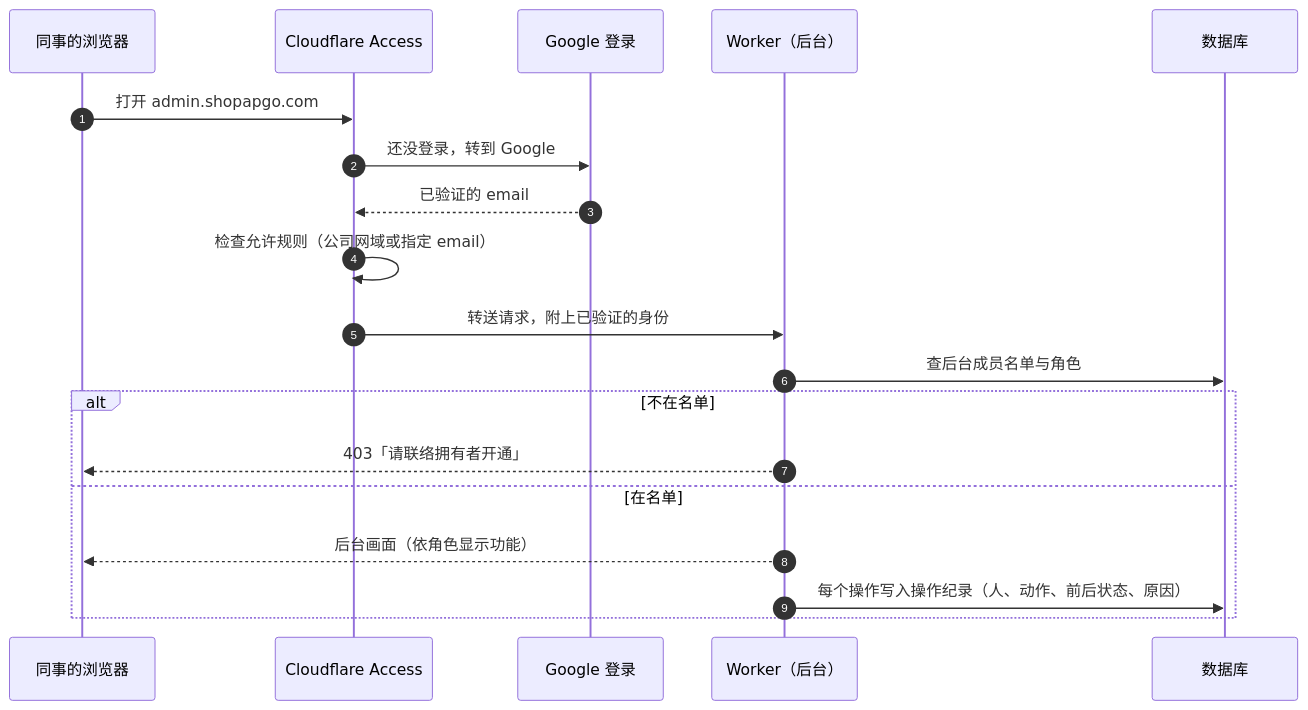
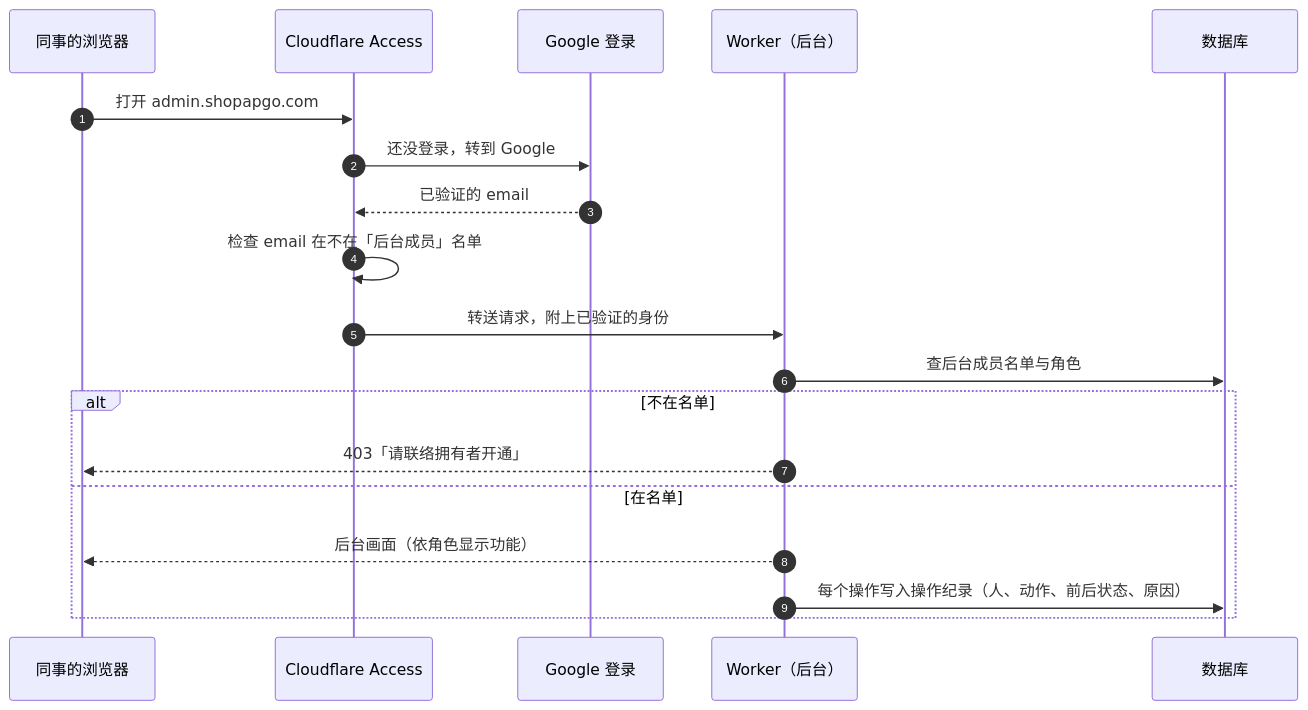
Before and after one commit to WADEYEH/shopapgo: the first of 6 diagrams in docs/design/phase3-plan.md, drawn with Mermaid. The commit also changed other lines of this file and 1 other file, not shown here.

````diff
--- a/docs/design/phase3-plan.md
+++ b/docs/design/phase3-plan.md
@@ -68,21 +69,21 @@
 ```mermaid
 sequenceDiagram
   autonumber
   participant U as 同事的浏览器
   participant A as Cloudflare Access
   participant G as Google 登录
   participant W as Worker（后台）
   participant D as 数据库
   U->>A: 打开 admin.shopapgo.com
   A->>G: 还没登录，转到 Google
   G-->>A: 已验证的 email
-  A->>A: 检查允许规则（公司网域或指定 email）
+  A->>A: 检查 email 在不在「后台成员」名单
   A->>W: 转送请求，附上已验证的身份
   W->>D: 查后台成员名单与角色
   alt 不在名单
     W-->>U: 403「请联络拥有者开通」
   else 在名单
     W-->>U: 后台画面（依角色显示功能）
     W->>D: 每个操作写入操作纪录（人、动作、前后状态、原因）
   end
 ```
````
